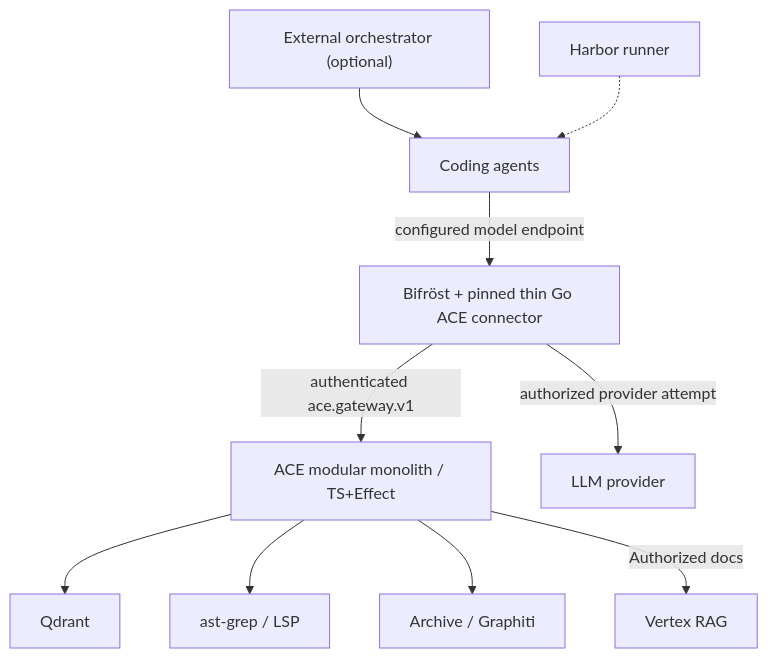
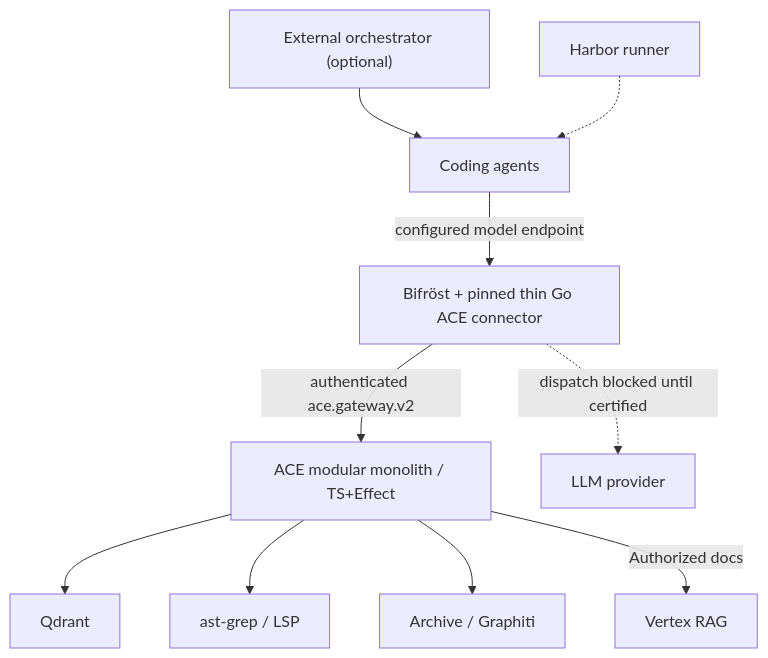
One commit to chris-madsen/Hybrid-RAG changed the diagram in docs/docs/architecture/05-contracts-and-deployment.md. Above: the diagram before and after it, drawn with Mermaid. The commit also changed other lines of this file and 115 other files, not shown here.

````diff
--- a/docs/docs/architecture/05-contracts-and-deployment.md
+++ b/docs/docs/architecture/05-contracts-and-deployment.md
@@ -116,12 +117,12 @@
 ```mermaid
 flowchart TB
   LG["External orchestrator (optional)"] --> AG["Coding agents"]
   AG -->|"configured model endpoint"| BF["Bifröst + pinned thin Go ACE connector"]
-  BF -->|"authenticated ace.gateway.v1"| ACE["ACE modular monolith / TS+Effect"]
-  BF -->|"authorized provider attempt"| LLM["LLM provider"]
+  BF -->|"authenticated ace.gateway.v2"| ACE["ACE modular monolith / TS+Effect"]
+  BF -.->|"dispatch blocked until certified"| LLM["LLM provider"]
   ACE --> Q["Qdrant"]
   ACE --> T["ast-grep / LSP"]
   ACE --> G["Archive / Graphiti"]
   ACE -->|"Authorized docs"| V["Vertex RAG"]
   H["Harbor runner"] -.-> AG
 ```
````
